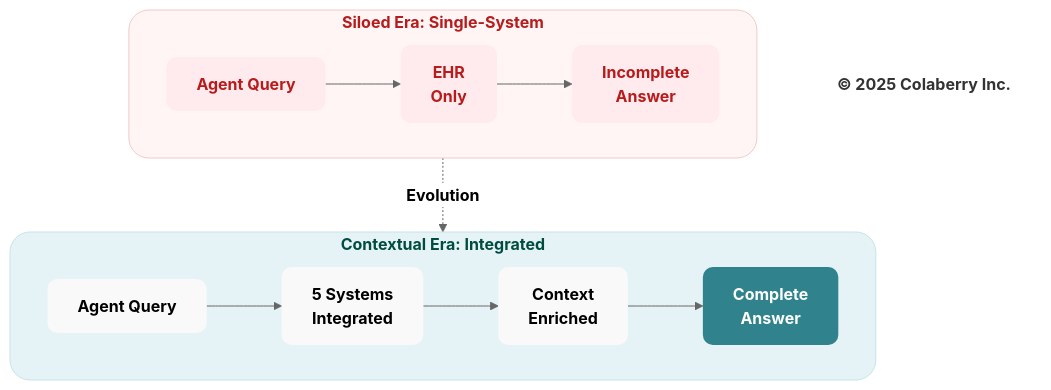
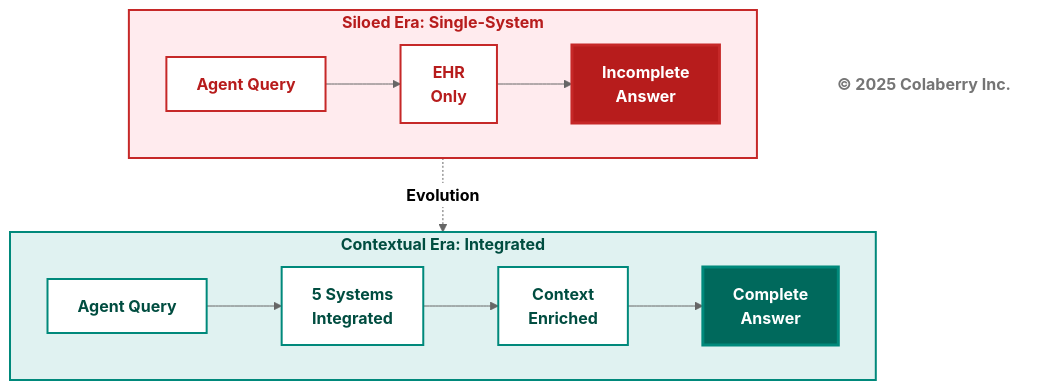
Before and after one commit to saitejesh-cyber/trust-before-intelligence-book: diagram 11 of 12 in manuscript/03_chapter_2_inpact_framework.md, drawn with Mermaid (neutral theme). The commit also changed other lines of this file and 12 other files, not shown here.

Commit message:
Restore legacy Mermaid styles for Option 1

````diff
--- a/manuscript/03_chapter_2_inpact_framework.md
+++ b/manuscript/03_chapter_2_inpact_framework.md
@@ -843,38 +800,33 @@
 ```mermaid
 graph TB
     subgraph ERA1["<b>Siloed Era: Single-System</b>"]
         direction LR
         A1["<b>Agent Query</b>"] --> B1["<b>EHR<br/>Only</b>"]
         B1 --> D1["<b>Incomplete<br/>Answer</b>"]
         
-        %% 🔴 CRITICAL CONTEXT FAILURE
-        style D1 fill:#ffebee,stroke:none,color:#b71c1c,rx:10,ry:10
+        style D1 fill:#b71c1c,color:#ffffff,stroke:#c62828,stroke-width:3px
     end
     
-    %% 🔵 TRANSITION — CONTEXTUAL EVOLUTION
     ERA1 -.->|<b>Evolution</b>| ERA2
     
     subgraph ERA2["<b>Contextual Era: Integrated</b>"]
         direction LR
         A2["<b>Agent Query</b>"] --> B2["<b>5 Systems<br/>Integrated</b>"]
         B2 --> C2["<b>Context<br/>Enriched</b>"]
         C2 --> D2["<b>Complete<br/>Answer</b>"]
+        
+        style D2 fill:#00695c,color:#ffffff,stroke:#00897b,stroke-width:3px
     end
-
-    %% 🔴 FAILURE / CONTEXT GAP
-    style ERA1 fill:#fff5f5,stroke:#f2caca,stroke-width:1px,color:#b71c1c,rx:20,ry:20
-    style A1 fill:#ffebee,stroke:none,color:#b71c1c,rx:10,ry:10
-    style B1 fill:#ffebee,stroke:none,color:#b71c1c,rx:10,ry:10
-    style D1 fill:#ffebee,stroke:none,color:#b71c1c,rx:10,ry:10
-
-    %% 🟢 TRUSTED / CONTEXTUAL OUTCOME
-    style ERA2 fill:#e6f3f6,stroke:#c7e3ea,stroke-width:1px,color:#004d40,rx:20,ry:20
-    style A2 fill:#f9f9f9,stroke:none,color:#000000,rx:10,ry:10
-    style B2 fill:#f9f9f9,stroke:none,color:#000000,rx:10,ry:10
-    style C2 fill:#f9f9f9,stroke:none,color:#000000,rx:10,ry:10
-    style D2 fill:#30838C,stroke:none,color:#ffffff,rx:10,ry:10
-
-    %% FOOTER
+    
+    style ERA1 fill:#ffebee,stroke:#c62828,stroke-width:2px,color:#b71c1c
+    style A1 fill:#ffffff,stroke:#c62828,stroke-width:2px,color:#b71c1c
+    style B1 fill:#ffffff,stroke:#c62828,stroke-width:2px,color:#b71c1c
+    
+    style ERA2 fill:#e0f2f1,stroke:#00897b,stroke-width:2px,color:#004d40
+    style A2 fill:#ffffff,stroke:#00897b,stroke-width:2px,color:#004d40
+    style B2 fill:#ffffff,stroke:#00897b,stroke-width:2px,color:#004d40
+    style C2 fill:#ffffff,stroke:#00897b,stroke-width:2px,color:#004d40
+    
     Copyright["<b>© 2025 Colaberry Inc.</b>"]
-    style Copyright fill:none,stroke:none,color:#333333
+    style Copyright fill:#ffffff,stroke:none,color:#757575
 ```
````
